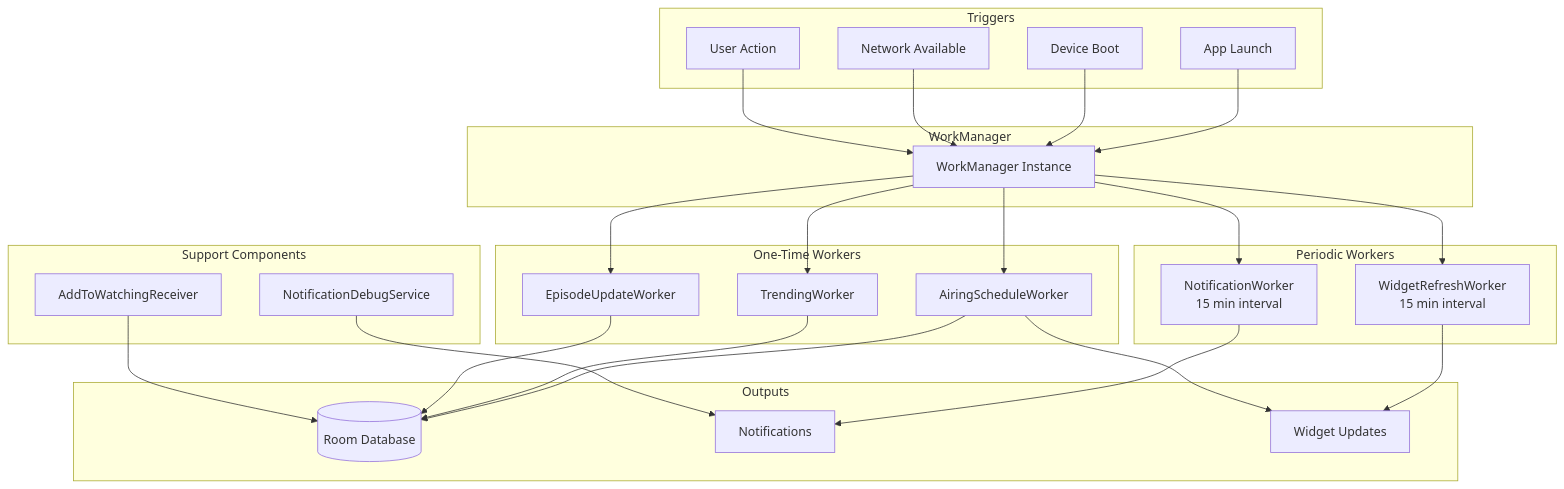
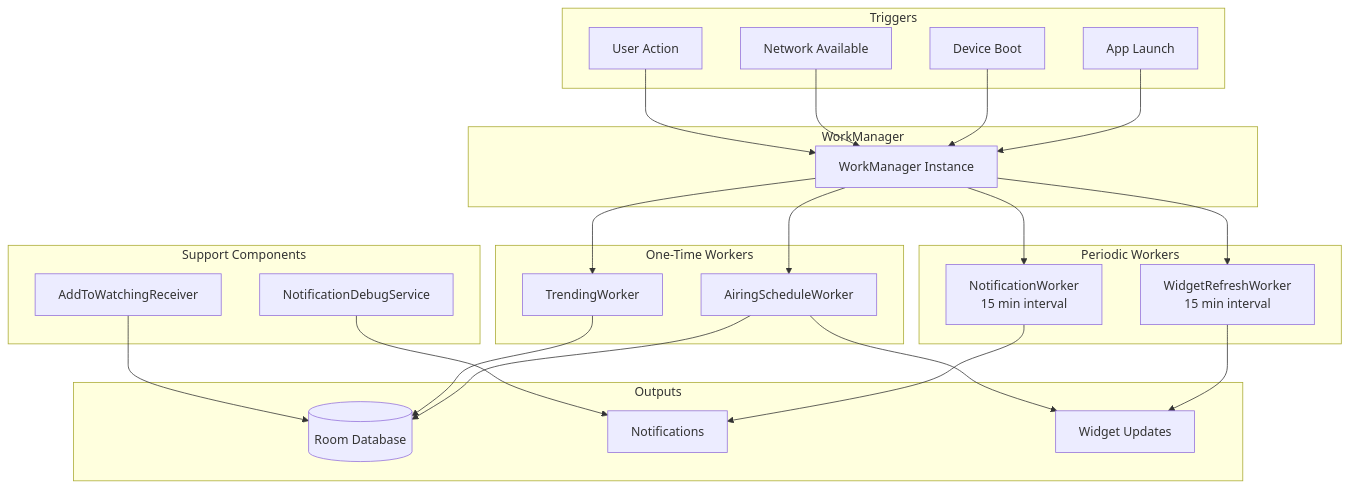
Before and after one commit to Marco-9456/AniSync: the fifth of 6 diagrams in docs/WIDGETS.md, drawn with Mermaid. The commit also changed other lines of this file and 6 other files, not shown here.

First line of the commit message:
chore(worker): drop the unused episode update worker

````diff
--- a/docs/WIDGETS.md
+++ b/docs/WIDGETS.md
@@ -352,55 +352,52 @@
 ```mermaid
 flowchart TB
     subgraph "WorkManager"
         WM[WorkManager Instance]
     end
 
     subgraph "Periodic Workers"
         NW[NotificationWorker<br/>15 min interval]
         WRW[WidgetRefreshWorker<br/>15 min interval]
     end
 
     subgraph "One-Time Workers"
         ASW[AiringScheduleWorker]
         TW[TrendingWorker]
-        EUW[EpisodeUpdateWorker]
     end
 
     subgraph "Support Components"
         ATWR[AddToWatchingReceiver]
         NDS[NotificationDebugService]
     end
 
     subgraph "Triggers"
         APP[App Launch]
         BOOT[Device Boot]
         NETWORK[Network Available]
         USER[User Action]
     end
 
     WM --> NW
     WM --> WRW
     WM --> ASW
     WM --> TW
-    WM --> EUW
 
     APP --> WM
     BOOT --> WM
     NETWORK --> WM
     USER --> WM
 
     subgraph "Outputs"
         DB[(Room Database)]
         NOTIF[Notifications]
         WIDGET[Widget Updates]
     end
 
     NW --> NOTIF
     WRW --> WIDGET
     ASW --> DB
     ASW --> WIDGET
     TW --> DB
-    EUW --> DB
     ATWR --> DB
     NDS --> NOTIF
 ```
````
